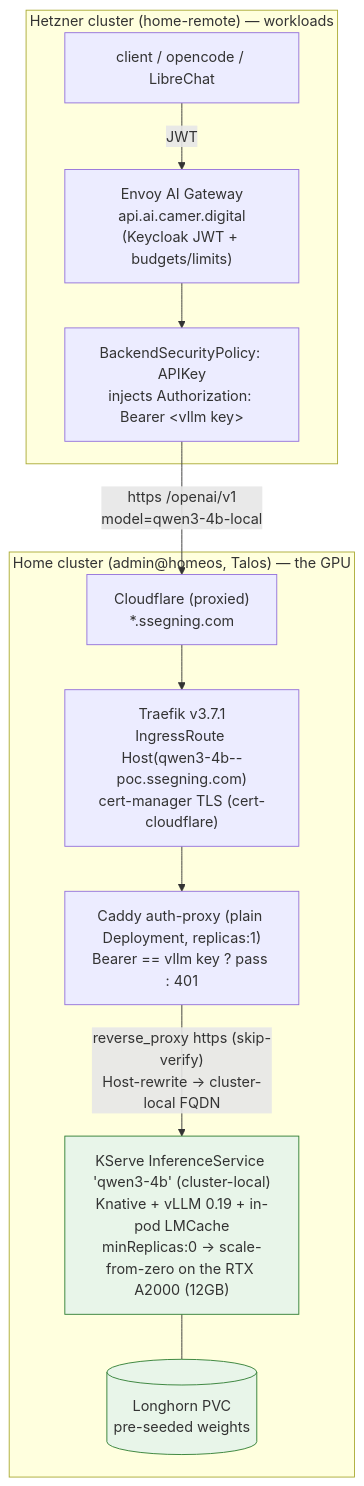
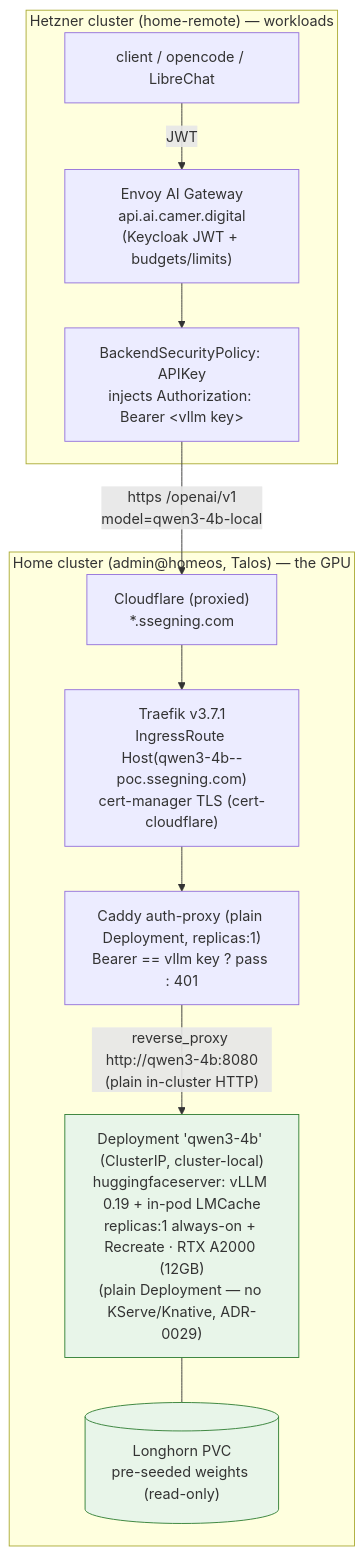
One commit to ADORSYS-GIS/ai-helm changed the diagram in docs/self-hosted-model-serving.md. Above: the diagram before and after it, drawn with Mermaid. The commit also changed other lines of this file and 13 other files, not shown here.

````diff
--- a/docs/self-hosted-model-serving.md
+++ b/docs/self-hosted-model-serving.md
@@ -454,25 +465,25 @@
 ```mermaid
 flowchart TB
   subgraph hetzner["Hetzner cluster (home-remote) — workloads"]
     client["client / opencode / LibreChat"]
     eg["Envoy AI Gateway<br/>api.ai.camer.digital<br/>(Keycloak JWT + budgets/limits)"]
     bsp["BackendSecurityPolicy: APIKey<br/>injects Authorization: Bearer &lt;vllm key&gt;"]
     client -->|"JWT"| eg --> bsp
   end
 
   cf["Cloudflare (proxied)<br/>*.ssegning.com"]
   bsp -->|"https /openai/v1<br/>model=qwen3-4b-local"| cf
 
   subgraph home["Home cluster (admin@homeos, Talos) — the GPU"]
     tr["Traefik v3.7.1<br/>IngressRoute Host(qwen3-4b--poc.ssegning.com)<br/>cert-manager TLS (cert-cloudflare)"]
     proxy["Caddy auth-proxy (plain Deployment, replicas:1)<br/>Bearer == vllm key ? pass : 401"]
-    model["KServe InferenceService 'qwen3-4b' (cluster-local)<br/>Knative + vLLM 0.19 + in-pod LMCache<br/>minReplicas:0 → scale-from-zero on the RTX A2000 (12GB)"]
-    pvc[("Longhorn PVC<br/>pre-seeded weights")]
+    model["Deployment 'qwen3-4b' (ClusterIP, cluster-local)<br/>huggingfaceserver: vLLM 0.19 + in-pod LMCache<br/>replicas:1 always-on + Recreate · RTX A2000 (12GB)<br/>(plain Deployment — no KServe/Knative, ADR-0029)"]
+    pvc[("Longhorn PVC<br/>pre-seeded weights (read-only)")]
     cf --> tr --> proxy
-    proxy -->|"reverse_proxy https (skip-verify)<br/>Host-rewrite → cluster-local FQDN"| model
+    proxy -->|"reverse_proxy http://qwen3-4b:8080<br/>(plain in-cluster HTTP)"| model
     model --- pvc
   end
 
   classDef gpu fill:#e8f5e9,stroke:#2e7d32;
   class model,pvc gpu;
 ```
````
